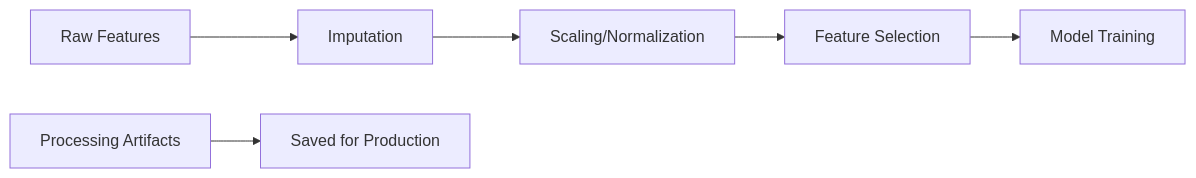
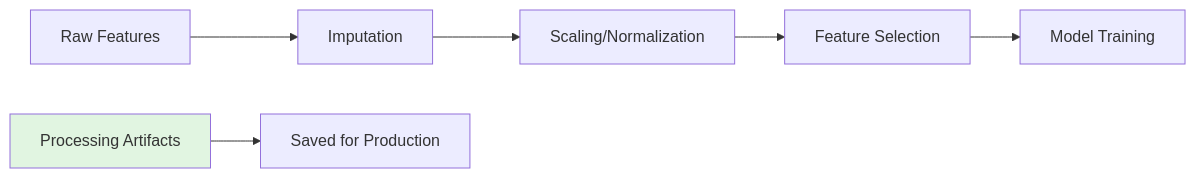
One commit to hydrosolutions/long-term-forecasting changed the second of 5 diagrams in docs/model_description.md. Above: the diagram before and after it, drawn with Mermaid. The commit also changed other lines of this file and 20 other files, not shown here.

````diff
--- a/docs/model_description.md
+++ b/docs/model_description.md
@@ -105,9 +193,11 @@
 ```mermaid
 graph LR
     A[Raw Features] --> B[Imputation]
     B --> C[Scaling/Normalization]
     C --> D[Feature Selection]
     D --> E[Model Training]
-    
+
     F[Processing Artifacts] --> G[Saved for Production]
+
+    style F fill:#e1f5e1
 ```
````
